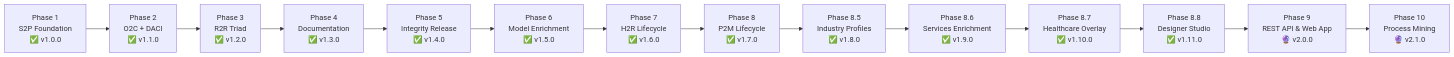
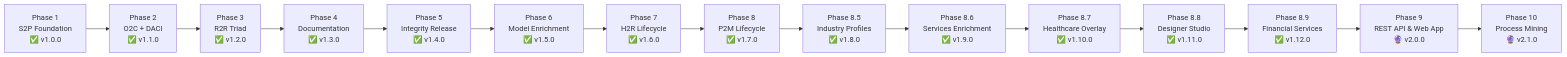
The diagram in ROADMAP.md (GeorgeYinDev/ValueChainModel), drawn with Mermaid before and after one commit. The commit also changed other lines of this file and 75 other files, not shown here.

Commit message:
feat(phase8.9): Financial Services & Banking Operating Model Overlay (v1.12.0)

````diff
--- a/ROADMAP.md
+++ b/ROADMAP.md
@@ -8,16 +8,17 @@
 ```mermaid
 flowchart LR
   P1["Phase 1<br/>S2P Foundation<br/>✅ v1.0.0"] --> P2["Phase 2<br/>O2C + DACI<br/>✅ v1.1.0"]
   P2 --> P3["Phase 3<br/>R2R Triad<br/>✅ v1.2.0"]
   P3 --> P4["Phase 4<br/>Documentation<br/>✅ v1.3.0"]
   P4 --> P5["Phase 5<br/>Integrity Release<br/>✅ v1.4.0"]
   P5 --> P6["Phase 6<br/>Model Enrichment<br/>✅ v1.5.0"]
   P6 --> P7["Phase 7<br/>H2R Lifecycle<br/>✅ v1.6.0"]
   P7 --> P8["Phase 8<br/>P2M Lifecycle<br/>✅ v1.7.0"]
   P8 --> P85["Phase 8.5<br/>Industry Profiles<br/>✅ v1.8.0"]
   P85 --> P86["Phase 8.6<br/>Services Enrichment<br/>✅ v1.9.0"]
   P86 --> P87["Phase 8.7<br/>Healthcare Overlay<br/>✅ v1.10.0"]
   P87 --> P88["Phase 8.8<br/>Designer Studio<br/>✅ v1.11.0"]
-  P88 --> P9["Phase 9<br/>REST API & Web App<br/>🔮 v2.0.0"]
+  P88 --> P89["Phase 8.9<br/>Financial Services<br/>✅ v1.12.0"]
+  P89 --> P9["Phase 9<br/>REST API & Web App<br/>🔮 v2.0.0"]
   P9 --> P10["Phase 10<br/>Process Mining<br/>🔮 v2.1.0"]
 ```
````
